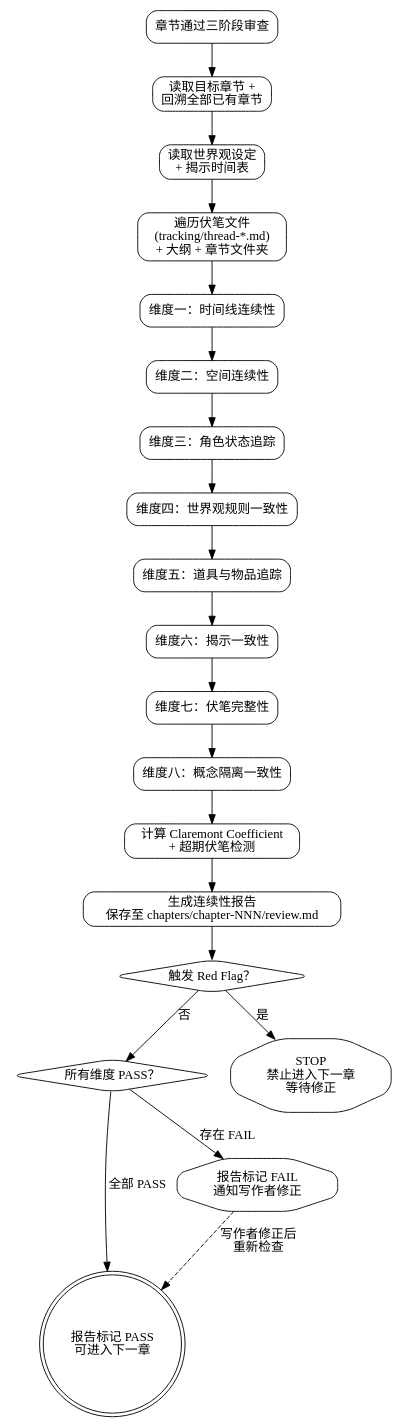
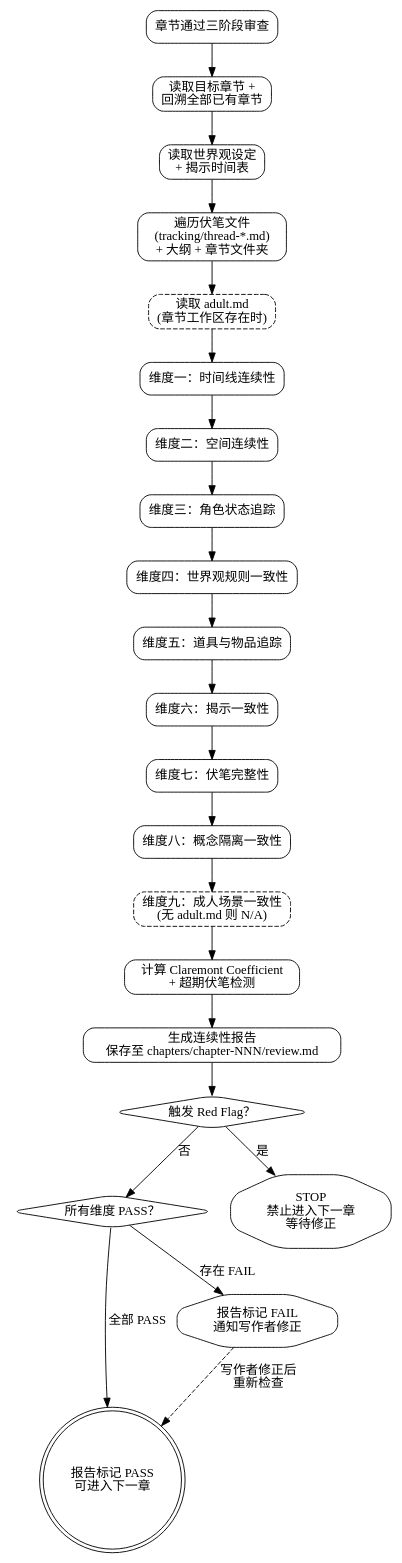
The first of 4 diagrams in skills/dp-review-consistency/SKILL.md (skyfiredao/dreampowers), drawn with Graphviz before and after one commit. The commit also changed other lines of this file and 10 other files, not shown here.

````diff
--- a/skills/dp-review-consistency/SKILL.md
+++ b/skills/dp-review-consistency/SKILL.md
@@ -255,40 +273,42 @@
 ```dot
 digraph continuity_checking {
     rankdir=TB;
     node [shape=box, style=rounded, fontname="PingFang SC"];
 
     start [label="章节通过三阶段审查"];
     read_ch [label="读取目标章节 +\n回溯全部已有章节"];
     read_set [label="读取世界观设定\n+ 揭示时间表"];
     read_tracking [label="遍历伏笔文件\n(tracking/thread-*.md)\n+ 大纲 + 章节文件夹"];
+    read_adult [label="读取 adult.md\n(章节工作区存在时)" shape=box style="rounded,dashed"];
 
     d1 [label="维度一：时间线连续性"];
     d2 [label="维度二：空间连续性"];
     d3 [label="维度三：角色状态追踪"];
     d4 [label="维度四：世界观规则一致性"];
     d5 [label="维度五：道具与物品追踪"];
     d6 [label="维度六：揭示一致性"];
     d7 [label="维度七：伏笔完整性"];
     d8 [label="维度八：概念隔离一致性"];
+    d9 [label="维度九：成人场景一致性\n(无 adult.md 则 N/A)" style="rounded,dashed"];
 
     cc [label="计算 Claremont Coefficient\n+ 超期伏笔检测"];
     report [label="生成连续性报告\n保存至 chapters/chapter-NNN/review.md"];
 
     check_result [label="所有维度 PASS？" shape=diamond];
     all_pass [label="报告标记 PASS\n可进入下一章" shape=doublecircle];
     has_fail [label="报告标记 FAIL\n通知写作者修正" shape=octagon];
     redflag [label="触发 Red Flag？" shape=diamond];
     stop [label="STOP\n禁止进入下一章\n等待修正" shape=octagon];
 
-    start -> read_ch -> read_set -> read_tracking;
-    read_tracking -> d1 -> d2 -> d3 -> d4 -> d5 -> d6 -> d7;
-    d7 -> d8;
-    d8 -> cc -> report;
+    start -> read_ch -> read_set -> read_tracking -> read_adult;
+    read_adult -> d1 -> d2 -> d3 -> d4 -> d5 -> d6 -> d7;
+    d7 -> d8 -> d9;
+    d9 -> cc -> report;
     report -> redflag;
     redflag -> stop [label="是"];
     redflag -> check_result [label="否"];
     check_result -> all_pass [label="全部 PASS"];
     check_result -> has_fail [label="存在 FAIL"];
     has_fail -> all_pass [label="写作者修正后\n重新检查", style=dashed];
 }
 ```
````
